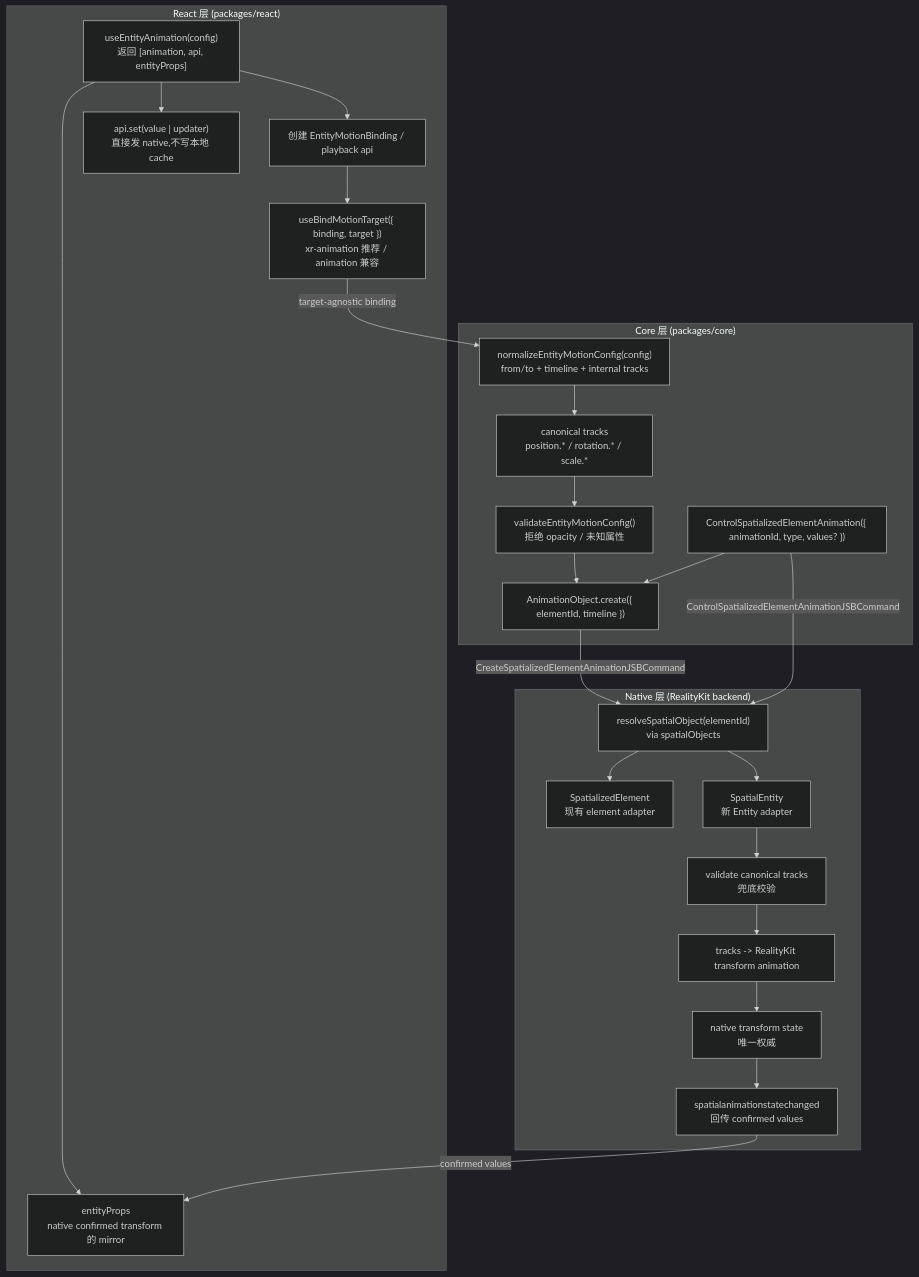
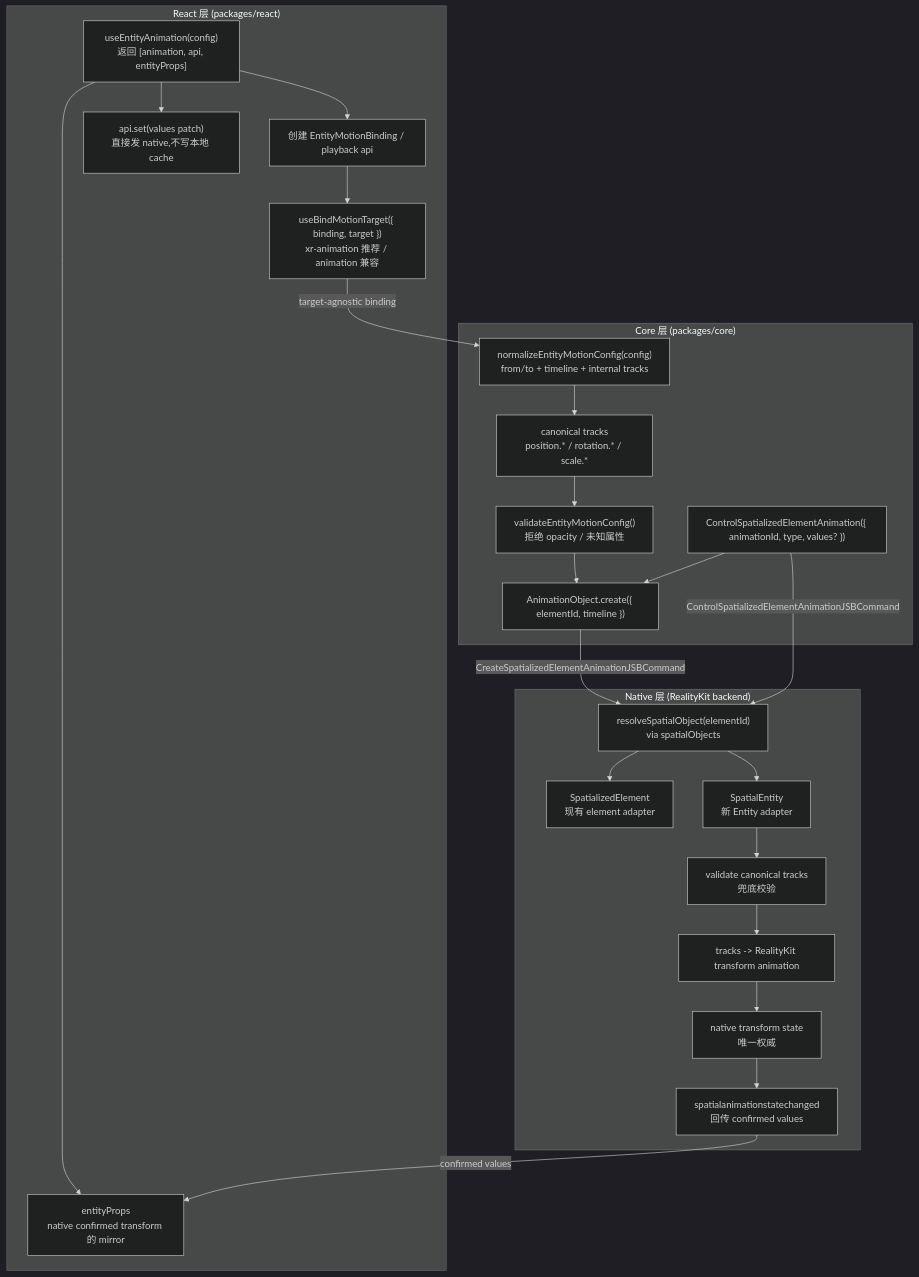
The first of 6 diagrams in openspec/changes/redesign-entity-motion-api/design.zh.md (webspatial/webspatial-sdk), drawn with Mermaid (dark theme) before and after one commit. The commit also changed other lines of this file and 7 other files, not shown here.

Commit message:
remove api.set(pre=> newState)

````diff
--- a/openspec/changes/redesign-entity-motion-api/design.zh.md
+++ b/openspec/changes/redesign-entity-motion-api/design.zh.md
@@ -82,50 +82,50 @@
 ```mermaid
 flowchart TB
     subgraph React["React 层 (packages/react)"]
         UseEntity["useEntityAnimation(config)<br/>返回 [animation, api, entityProps]"]
         ReactBinding["创建 EntityMotionBinding / playback api"]
         EntityProps["entityProps<br/>native confirmed transform 的 mirror"]
-        ApiSet["api.set(value | updater)<br/>直接发 native,不写本地 cache"]
+        ApiSet["api.set(values patch)<br/>直接发 native,不写本地 cache"]
         BindTarget["useBindMotionTarget({ binding, target })<br/>xr-animation 推荐 / animation 兼容"]
 
         UseEntity --> ReactBinding
         UseEntity --> EntityProps
         UseEntity --> ApiSet
         ReactBinding --> BindTarget
     end
 
     subgraph Core["Core 层 (packages/core)"]
         Normalize["normalizeEntityMotionConfig(config)<br/>from/to + timeline + internal tracks"]
         Tracks["canonical tracks<br/>position.* / rotation.* / scale.*"]
         Validate["validateEntityMotionConfig()<br/>拒绝 opacity / 未知属性"]
         CreateObject["AnimationObject.create({ elementId, timeline })"]
         ControlObject["ControlSpatializedElementAnimation({ animationId, type, values? })"]
 
         Normalize --> Tracks
         Tracks --> Validate
         Validate --> CreateObject
         ControlObject --> CreateObject
     end
 
     subgraph Native["Native 层 (RealityKit backend)"]
         Resolve["resolveSpatialObject(elementId)<br/>via spatialObjects"]
         ElementAdapter["SpatializedElement<br/>现有 element adapter"]
         EntityAdapter["SpatialEntity<br/>新 Entity adapter"]
         NativeValidate["validate canonical tracks<br/>兜底校验"]
         Compile["tracks -> RealityKit transform animation"]
         Authority["native transform state<br/>唯一权威"]
         Event["spatialanimationstatechanged<br/>回传 confirmed values"]
 
         Resolve --> ElementAdapter
         Resolve --> EntityAdapter
         EntityAdapter --> NativeValidate
         NativeValidate --> Compile
         Compile --> Authority
         Authority --> Event
     end
 
     BindTarget -->|"target-agnostic binding"| Normalize
     CreateObject -->|"CreateSpatializedElementAnimationJSBCommand"| Resolve
     ControlObject -->|"ControlSpatializedElementAnimationJSBCommand"| Resolve
     Event -->|"confirmed values"| EntityProps
 ```
````
